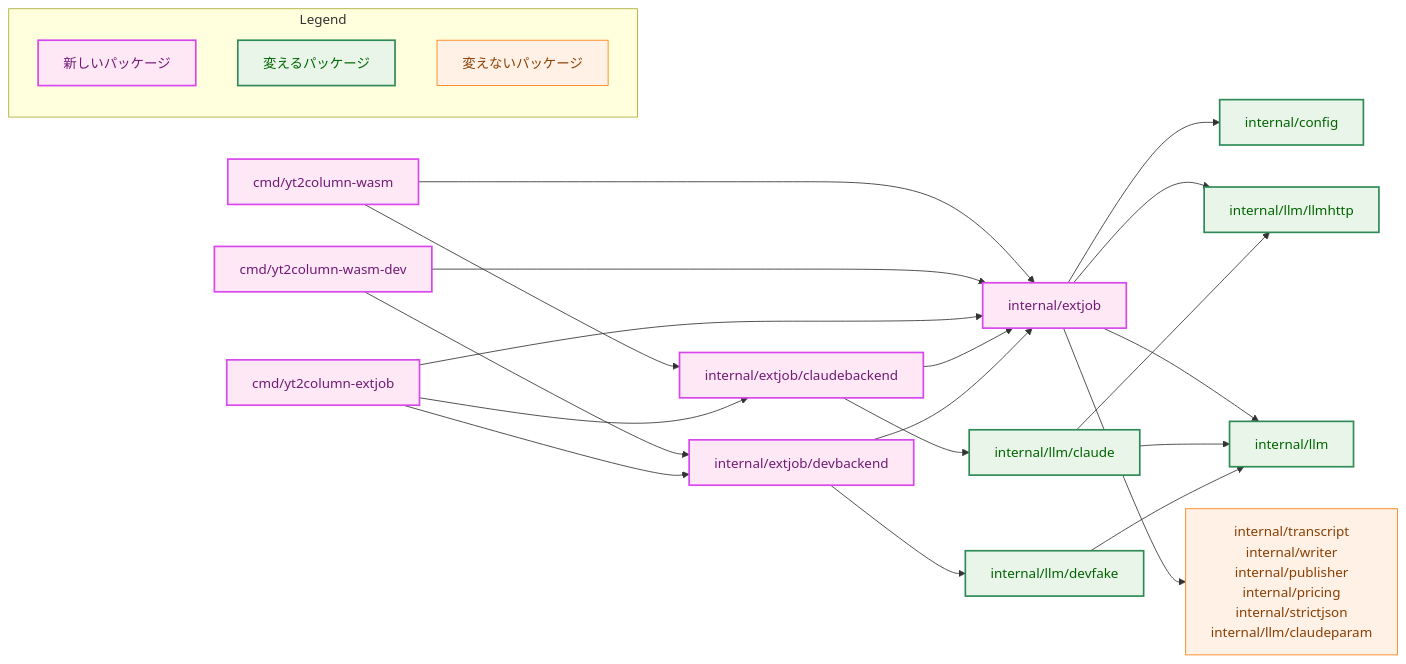
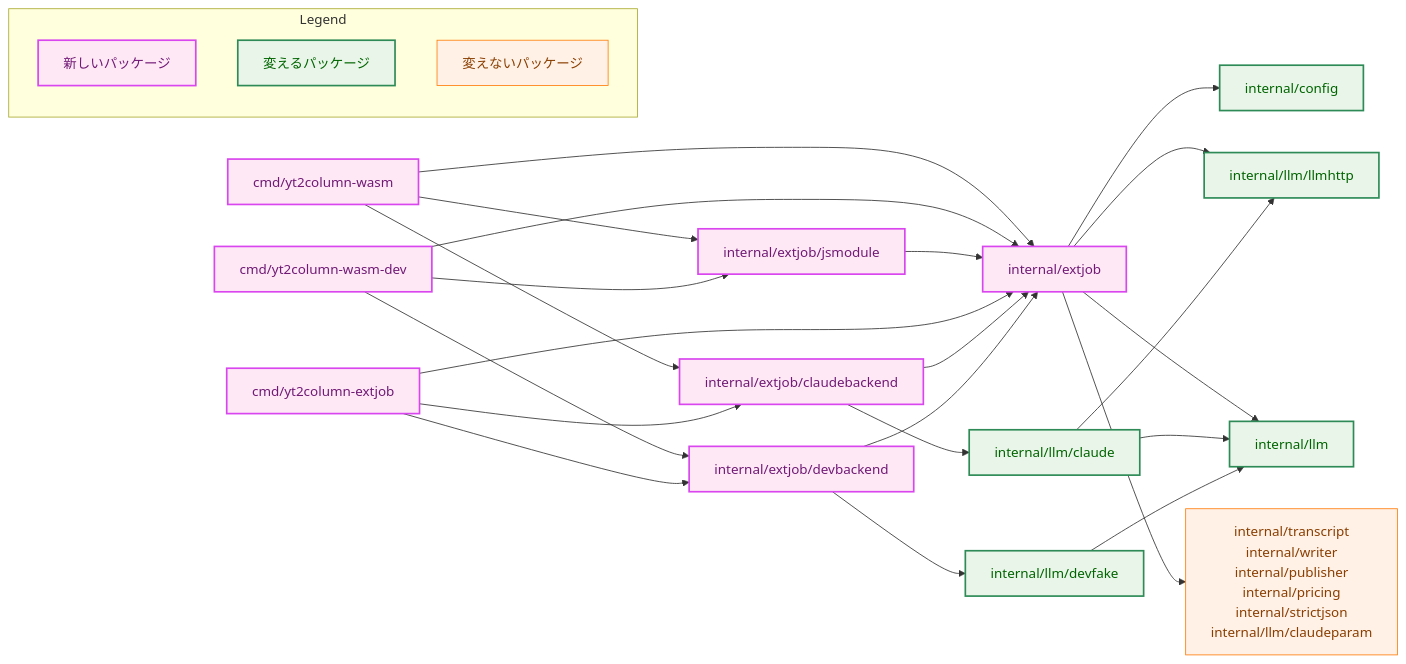
One commit to isseis/yt2column changed the second of 8 diagrams in docs/tasks/0091_extension_only_migration/02_architecture.md. Above: the diagram before and after it, drawn with Mermaid. The commit also changed other lines of this file and 36 other files, not shown here.

````diff
--- a/docs/tasks/0091_extension_only_migration/02_architecture.md
+++ b/docs/tasks/0091_extension_only_migration/02_architecture.md
@@ -112,51 +116,55 @@
 ```mermaid
 flowchart LR
     classDef process fill:#fff1e6,stroke:#ff7f0e,stroke-width:1px,color:#8a3e00;
     classDef enhanced fill:#e8f5e8,stroke:#2e8b57,stroke-width:2px,color:#006400;
     classDef newpkg fill:#ffe8f5,stroke:#d946ef,stroke-width:2px,color:#701a75;
 
     WASM["cmd/yt2column-wasm"]
     WASMDEV["cmd/yt2column-wasm-dev"]
     EXTCMD["cmd/yt2column-extjob"]
     EJ["internal/extjob"]
     CLB["internal/extjob/claudebackend"]
     DEVB["internal/extjob/devbackend"]
+    JSM["internal/extjob/jsmodule"]
     FAKE["internal/llm/devfake"]
     CFG["internal/config"]
     CL["internal/llm/claude"]
     HTTP["internal/llm/llmhttp"]
     LLM["internal/llm"]
     CORE["internal/transcript<br>internal/writer<br>internal/publisher<br>internal/pricing<br>internal/strictjson<br>internal/llm/claudeparam"]
 
     WASM --> EJ
     WASM --> CLB
+    WASM --> JSM
     WASMDEV --> EJ
     WASMDEV --> DEVB
+    WASMDEV --> JSM
+    JSM --> EJ
     EXTCMD --> EJ
     EXTCMD --> CLB
     EXTCMD --> DEVB
     CLB --> EJ
     CLB --> CL
     DEVB --> EJ
     DEVB --> FAKE
     EJ --> CFG
     EJ --> HTTP
     EJ --> LLM
     EJ --> CORE
     CL --> HTTP
     CL --> LLM
     FAKE --> LLM
 
-    class WASM,WASMDEV,EXTCMD,EJ,CLB,DEVB newpkg
+    class WASM,WASMDEV,EXTCMD,EJ,CLB,DEVB,JSM newpkg
     class CFG,CL,HTTP,LLM,FAKE enhanced
     class CORE process
 
     subgraph Legend["Legend"]
         L1["新しいパッケージ"]
         L2["変えるパッケージ"]
         L3["変えないパッケージ"]
     end
     class L1 newpkg
     class L2 enhanced
     class L3 process
 ```
````
